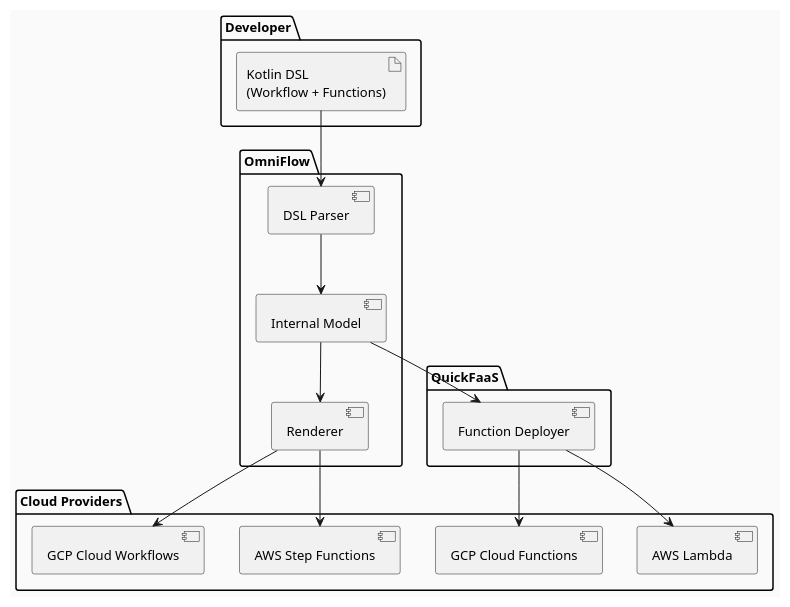
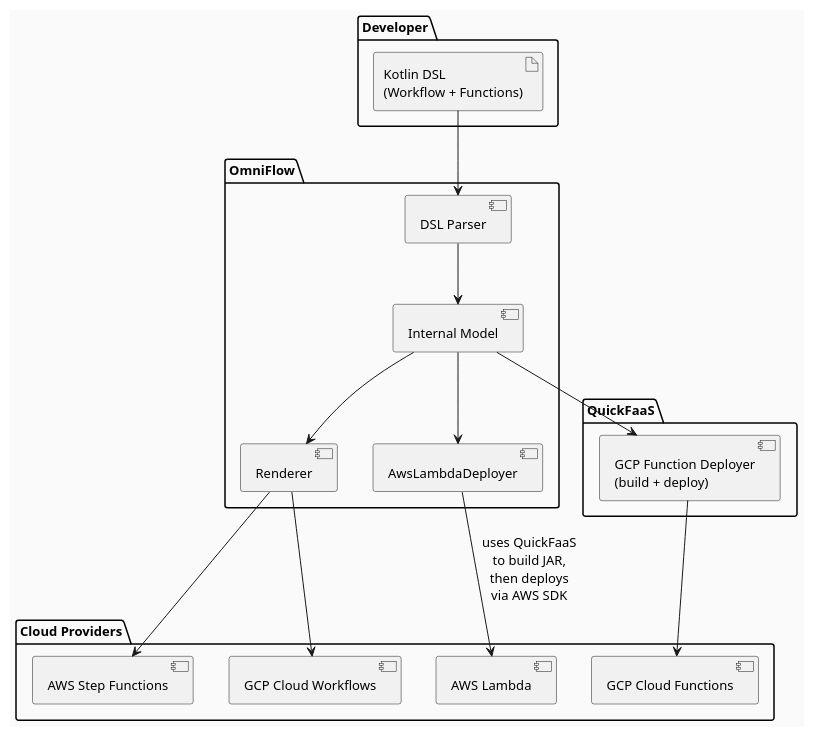
The first of 8 diagrams in omni-flow-main/Apresentacao-Orientador.md (EngenheiroPedroCarvalho/ISEL-Thesis-2526), drawn with PlantUML before and after one commit. The commit also changed other lines of this file, not shown here.

First line of the commit message:
Translate presentation to English and fix QuickFaaS AWS references

````diff
--- a/omni-flow-main/Apresentacao-Orientador.md
+++ b/omni-flow-main/Apresentacao-Orientador.md
@@ -23,37 +23,39 @@
 ```plantuml
 @startuml
 skinparam backgroundColor #FAFAFA
 skinparam defaultFontSize 13
 
 package "Developer" {
   artifact "Kotlin DSL\n(Workflow + Functions)" as DSL
 }
 
 package "OmniFlow" {
   component "DSL Parser" as Parser
   component "Internal Model" as Model
   component "Renderer" as Renderer
+  component "AwsLambdaDeployer" as ALD
 }
 
 package "QuickFaaS" {
-  component "Function Deployer" as Deployer
+  component "GCP Function Deployer\n(build + deploy)" as Deployer
 }
 
 package "Cloud Providers" {
   component "AWS Step Functions" as AWS
   component "GCP Cloud Workflows" as GCP
   component "AWS Lambda" as Lambda
   component "GCP Cloud Functions" as CF
 }
 
 DSL --> Parser
 Parser --> Model
 Model --> Renderer
 Model --> Deployer
+Model --> ALD
 Renderer --> AWS
 Renderer --> GCP
-Deployer --> Lambda
 Deployer --> CF
+ALD --> Lambda : uses QuickFaaS\nto build JAR,\nthen deploys\nvia AWS SDK
 
 @enduml
 ```
````
